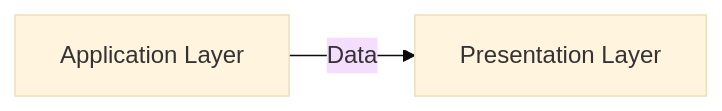
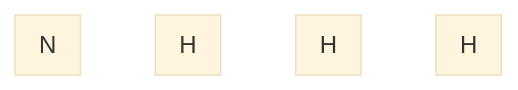
The ninth of 12 diagrams in Computer_Networks/CN_2.MD (shubham21155102/Archieve), drawn with Mermaid (base theme) before and after one commit. The commit also changed other lines of this file and 4 other files, not shown here.

````diff
--- a/Computer_Networks/CN_2.MD
+++ b/Computer_Networks/CN_2.MD
@@ -68,4 +146,11 @@
-```mermaid
-graph LR;
-A[Application Layer]--Data-->B[Presentation Layer]
-```
+  ```mermaid
+  graph TB;
+  subgraph A[H]
+  end
+  subgraph B[H]
+  end
+  subgraph H
+  end
+  subgraph N
+  end
+  ```
````
